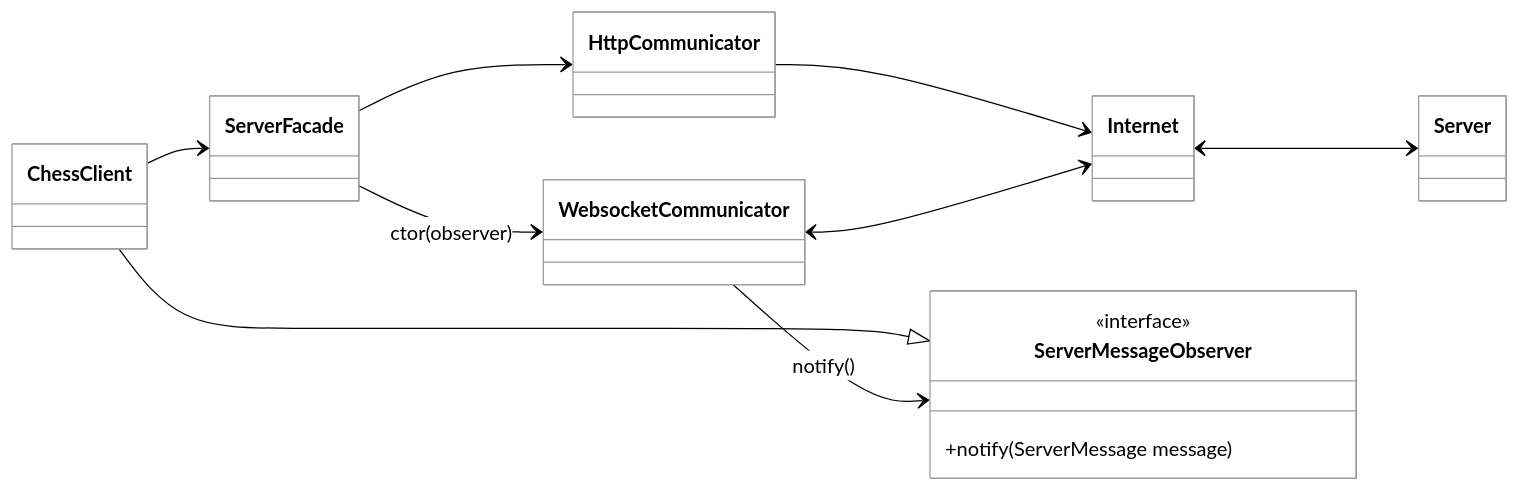
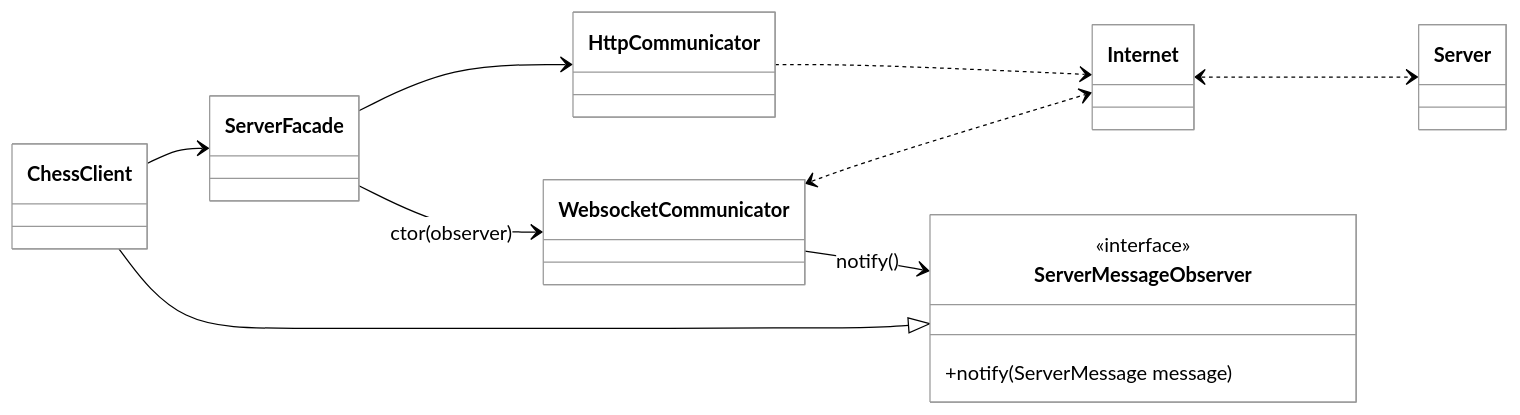
One commit to byucsstudent/cs240v2 changed the first of 4 diagrams in chess/6-gameplay/gameplay.md. Above: the diagram before and after it, drawn with Mermaid.

Commit message:
Lee Jensen - update(☑ Phase 6: Chess Gameplay)

````diff
--- a/chess/6-gameplay/gameplay.md
+++ b/chess/6-gameplay/gameplay.md
@@ -12,32 +12,32 @@
 ```mermaid
 %%{init: { 'theme': 'neutral', 'themeVariables': { 'mainBkg': '#ffffff', 'lineColor': '#000000', 'primaryTextColor': '#000000', 'actorBorder': '#000000', 'participantBorder': '#000000', 'noteBorderColor': '#000000' } }}%%
 
 classDiagram
 
     direction LR
     class ChessClient
     class ServerFacade
     class WebsocketCommunicator
     class HttpCommunicator
     class Internet
     class Server
 
     ServerFacade --> HttpCommunicator
-    HttpCommunicator --> Internet
 
     ChessClient --> ServerFacade
 
     ServerFacade --> WebsocketCommunicator : ctor(observer)
 
     class ServerMessageObserver {
         <<interface>>
         +notify(ServerMessage message)
     }
 
+    WebsocketCommunicator --> ServerMessageObserver : notify()
+
     ChessClient --|> ServerMessageObserver
 
-    WebsocketCommunicator --> ServerMessageObserver : notify()
-
-    WebsocketCommunicator <--> Internet
-    Internet <--> Server
+    HttpCommunicator ..> Internet
+    WebsocketCommunicator <..> Internet
+    Internet <..> Server
 ```
````
